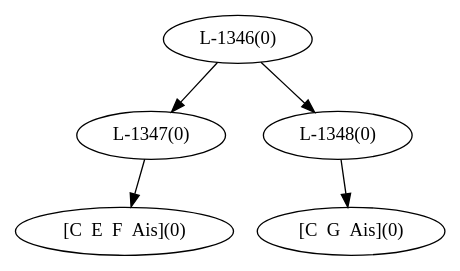
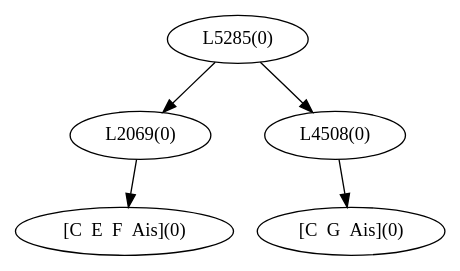
The diagram in Result/dot/generation1_utter5.dot (dousu/MAILM), drawn with Graphviz before and after one commit. The commit also changed 110 other files, not shown here.

```diff
--- a/Result/dot/generation1_utter5.dot
+++ b/Result/dot/generation1_utter5.dot
@@ -1,9 +1,9 @@
 digraph sample{
-"L-1347(0)"->"[C  E  F  Ais](0)"
-"L-1348(0)"->"[C  G  Ais](0)"
-"L-1346(0)"->"L-1347(0)"
-"L-1346(0)"->"L-1348(0)"
-{rank = min; "L-1346(0)"}
-{rank = same; "L-1347(0)"; "L-1348(0)";}
+"L2069(0)"->"[C  E  F  Ais](0)"
+"L4508(0)"->"[C  G  Ais](0)"
+"L5285(0)"->"L2069(0)"
+"L5285(0)"->"L4508(0)"
+{rank = min; "L5285(0)"}
+{rank = same; "L2069(0)"; "L4508(0)";}
 {rank = max; "[C  E  F  Ais](0)"; "[C  G  Ais](0)";}
 }
```
